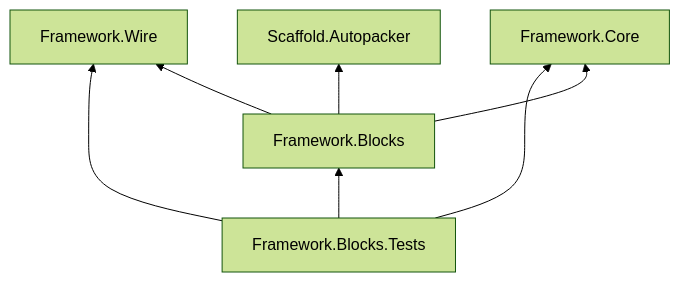
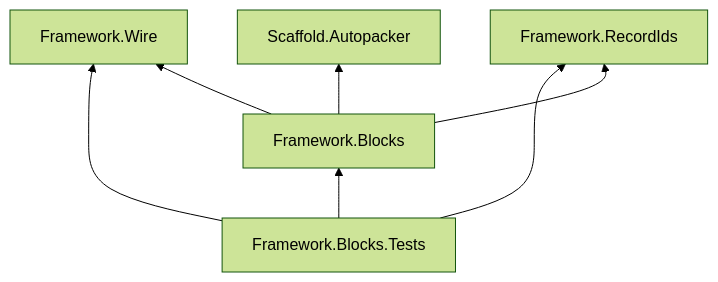
The diagram in Product/spikes/infra-block-wire.md (MgCohen/Card-Framework), drawn with Mermaid (forest theme) before and after one commit. The commit also changed other lines of this file, not shown here.

First line of the commit message:
Reference Framework.RecordIds for the id types

````diff
--- a/Product/spikes/infra-block-wire.md
+++ b/Product/spikes/infra-block-wire.md
@@ -537,9 +538,9 @@
 ```mermaid
 flowchart BT
   B["Framework.Blocks"] --> W["Framework.Wire"]
-  B --> C["Framework.Core"]
+  B --> C["Framework.RecordIds"]
   B --> P["Scaffold.Autopacker"]
   T["Framework.Blocks.Tests"] --> B
   T --> W
   T --> C
 ```
````
